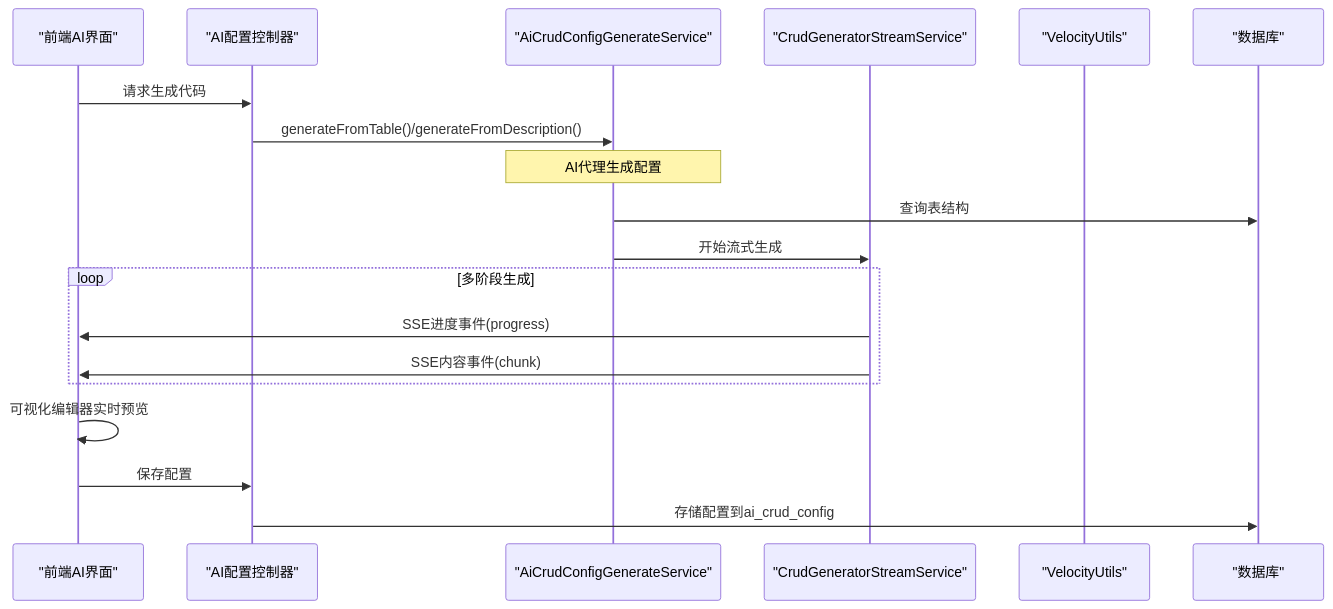
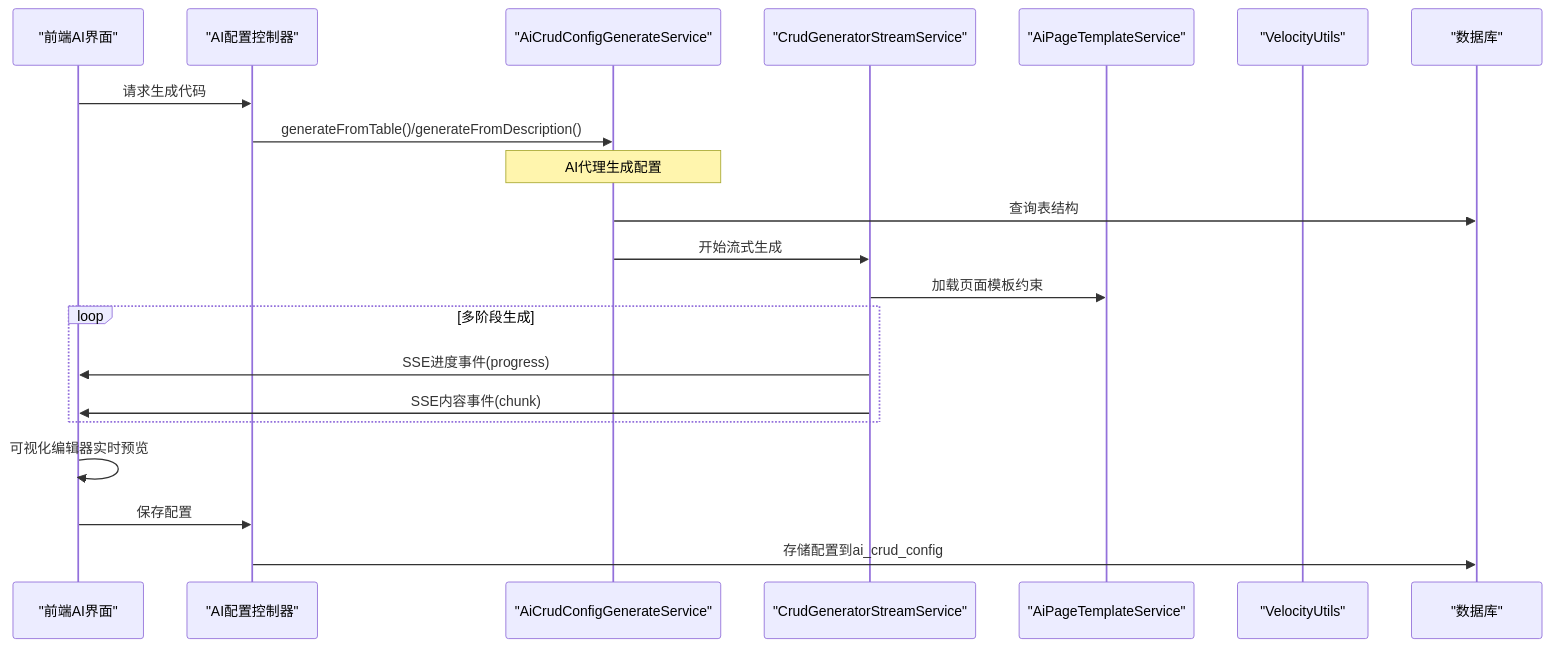
Before and after one commit to yaomindong1996/forge-admin: the second of 11 diagrams in .qoder/repowiki/zh/content/核心功能模块/代码生成器/代码生成器.md, drawn with Mermaid. The commit also changed other lines of this file and 7 other files, not shown here.

````diff
--- a/.qoder/repowiki/zh/content/核心功能模块/代码生成器/代码生成器.md
+++ b/.qoder/repowiki/zh/content/核心功能模块/代码生成器/代码生成器.md
@@ -143,21 +154,23 @@
 ```mermaid
 sequenceDiagram
 participant UI as "前端AI界面"
 participant Ctrl as "AI配置控制器"
 participant Svc as "AiCrudConfigGenerateService"
 participant StreamSvc as "CrudGeneratorStreamService"
+participant TemplateSvc as "AiPageTemplateService"
 participant Vel as "VelocityUtils"
 participant DB as "数据库"
 UI->>Ctrl : 请求生成代码
 Ctrl->>Svc : generateFromTable()/generateFromDescription()
 Note over Svc : AI代理生成配置
 Svc->>DB : 查询表结构
 Svc->>StreamSvc : 开始流式生成
+StreamSvc->>TemplateSvc : 加载页面模板约束
 loop 多阶段生成
 StreamSvc->>UI : SSE进度事件(progress)
 StreamSvc->>UI : SSE内容事件(chunk)
 end
 UI->>UI : 可视化编辑器实时预览
 UI->>Ctrl : 保存配置
 Ctrl->>DB : 存储配置到ai_crud_config
 ```
````
